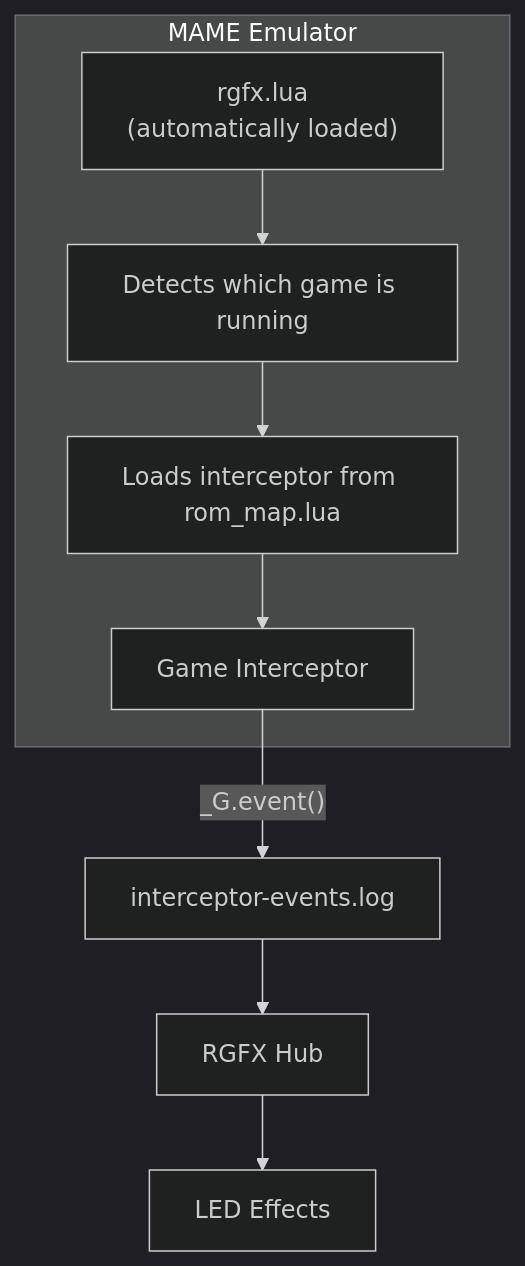
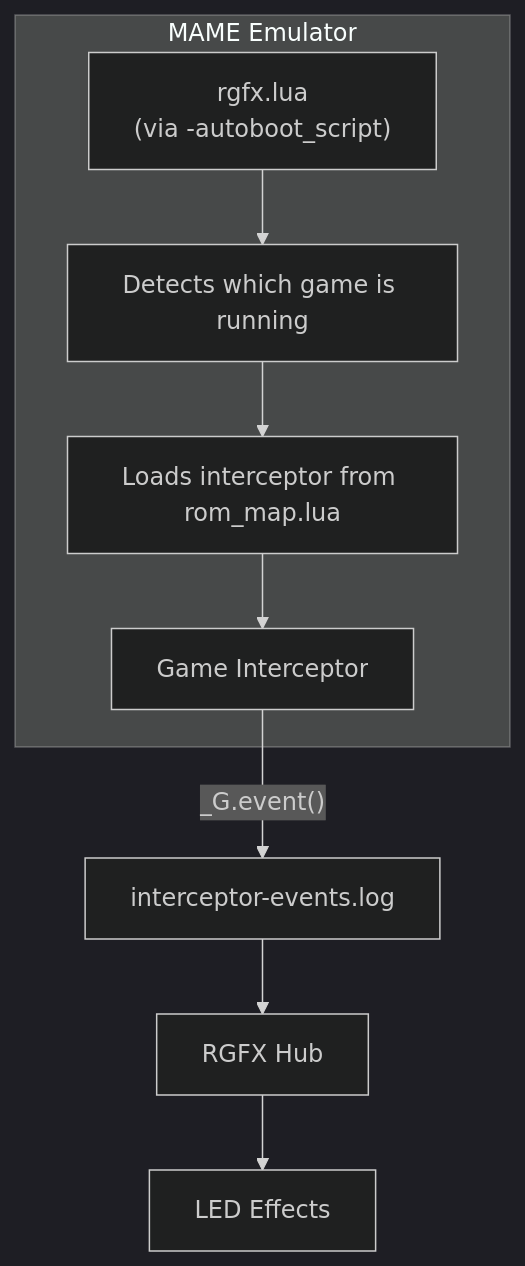
The diagram in public-docs/docs/interceptors/index.md (mfurniss/rgfx), drawn with Mermaid (dark theme) before and after one commit. The commit also changed other lines of this file and 198 other files, not shown here.

````diff
--- a/public-docs/docs/interceptors/index.md
+++ b/public-docs/docs/interceptors/index.md
@@ -21,15 +21,15 @@
 ```mermaid
 flowchart TB
     subgraph MAME["MAME Emulator"]
-        rgfx["rgfx.lua<br/>(automatically loaded)"]
+        rgfx["rgfx.lua<br/>(via -autoboot_script)"]
         detect["Detects which game is running"]
         load["Loads interceptor from rom_map.lua"]
         intercept["Game Interceptor"]
 
         rgfx --> detect --> load --> intercept
     end
 
     intercept --> |"_G.event()"| logfile["interceptor-events.log"]
     logfile --> hub["RGFX Hub"]
     hub --> led["LED Effects"]
 ```
````
